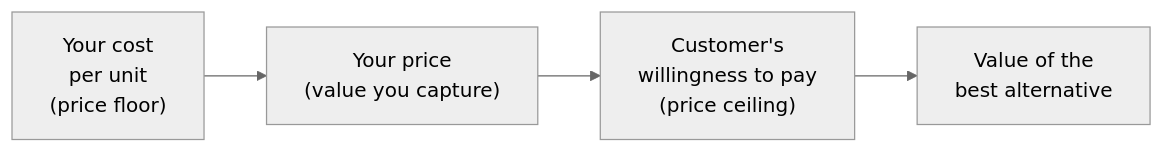
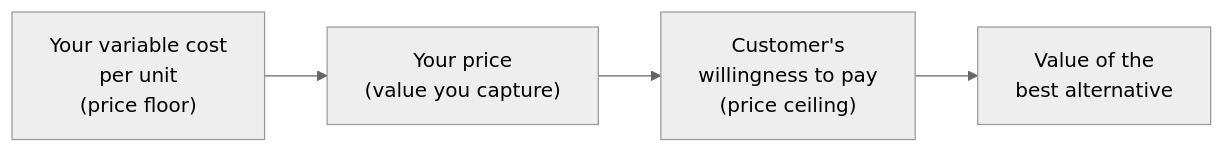
One commit to aakashagg123/gatsby changed the first of 2 diagrams in business-acumen/monetization-and-business-models.md. Above: the diagram before and after it, drawn with Mermaid (neutral theme). The commit also changed other lines of this file and 1 other file, not shown here.

````diff
--- a/business-acumen/monetization-and-business-models.md
+++ b/business-acumen/monetization-and-business-models.md
@@ -25,6 +37,6 @@
 ```mermaid
 flowchart LR
-  C["Your cost<br/>per unit<br/>(price floor)"] --> P["Your price<br/>(value you capture)"]
+  C["Your variable cost<br/>per unit<br/>(price floor)"] --> P["Your price<br/>(value you capture)"]
   P --> W["Customer's<br/>willingness to pay<br/>(price ceiling)"]
   W --> A["Value of the<br/>best alternative"]
 ```
````
